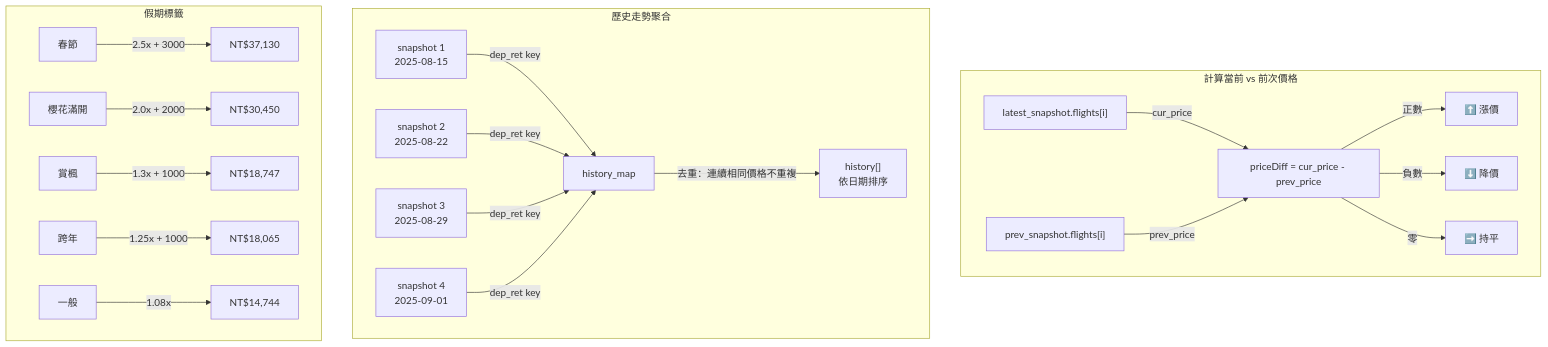
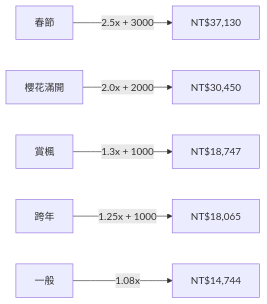
One commit to YuHaoLiaoSideProject/flight-radar changed diagram 11 of 11 in docs/data-flow.md. Above: the diagram before and after it, drawn with Mermaid. The commit also changed other lines of this file and 4 other files, not shown here.

Commit message:
docs: split Mermaid diagrams into smaller, more readable charts

````diff
--- a/docs/data-flow.md
+++ b/docs/data-flow.md
@@ -268,26 +310,8 @@
 ```mermaid
-flowchart TD
-    subgraph CalcPrice["計算當前 vs 前次價格"]
-        A["latest_snapshot.flights[i]"] -->|cur_price| COMP["priceDiff = cur_price - prev_price"]
-        B["prev_snapshot.flights[i]"] -->|prev_price| COMP
-        COMP -->|正數| UP["⬆️ 漲價"]
-        COMP -->|負數| DOWN["⬇️ 降價"]
-        COMP -->|零| SAME["➡️ 持平"]
-    end
-
-    subgraph CalcHistory["歷史走勢聚合"]
-        H1["snapshot 1<br/>2025-08-15"] -->|dep_ret key| HM["history_map"]
-        H2["snapshot 2<br/>2025-08-22"] -->|dep_ret key| HM
-        H3["snapshot 3<br/>2025-08-29"] -->|dep_ret key| HM
-        H4["snapshot 4<br/>2025-09-01"] -->|dep_ret key| HM
-        HM -->|"去重：連續相同價格不重複"| HIST["history[]<br/>依日期排序"]
-    end
-
-    subgraph Holiday["假期標籤"]
-        T1["春節"] -->|2.5x + 3000| P1[" NT$37,130"]
-        T2["櫻花滿開"] -->|2.0x + 2000| P2[" NT$30,450"]
-        T3["賞楓"] -->|1.3x + 1000| P3[" NT$18,747"]
-        T4["跨年"] -->|1.25x + 1000| P4[" NT$18,065"]
-        T5["一般"] -->|1.08x| P5[" NT$14,744"]
-    end
+flowchart LR
+    T1["春節"] -->|2.5x + 3000| P1[" NT$37,130"]
+    T2["櫻花滿開"] -->|2.0x + 2000| P2[" NT$30,450"]
+    T3["賞楓"] -->|1.3x + 1000| P3[" NT$18,747"]
+    T4["跨年"] -->|1.25x + 1000| P4[" NT$18,065"]
+    T5["一般"] -->|1.08x| P5[" NT$14,744"]
 ```
````
